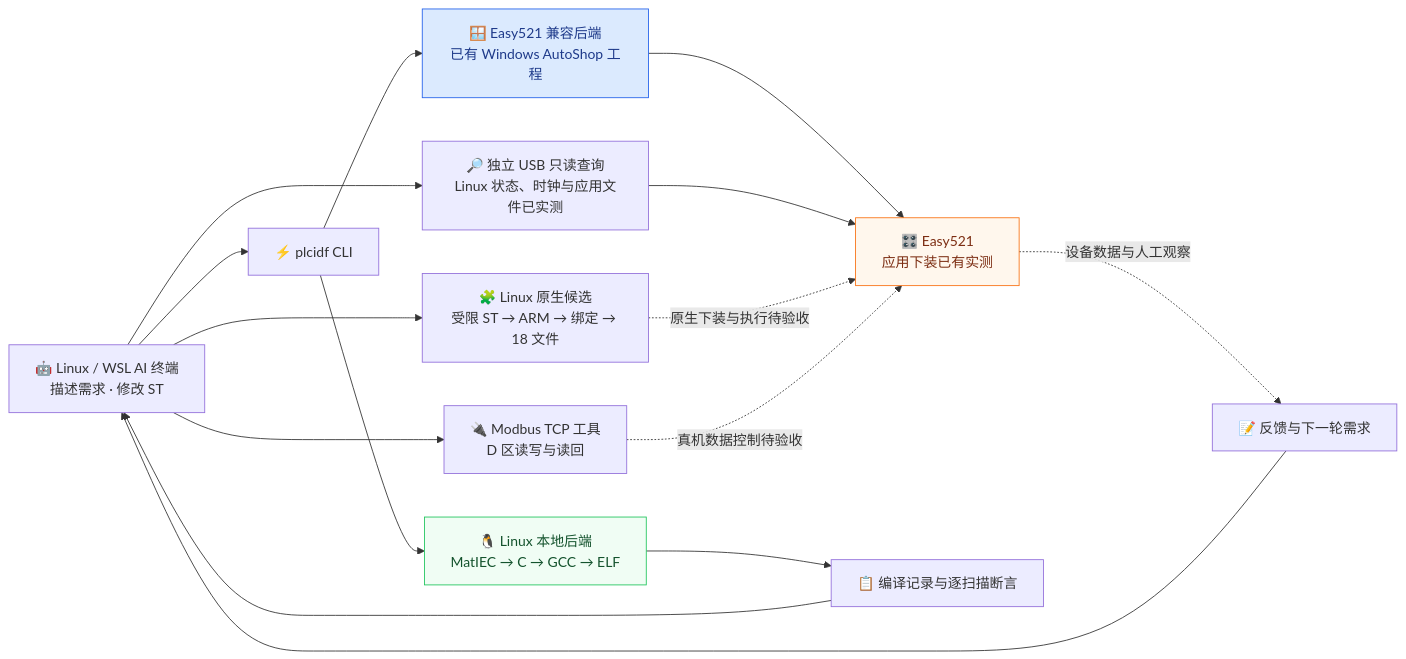
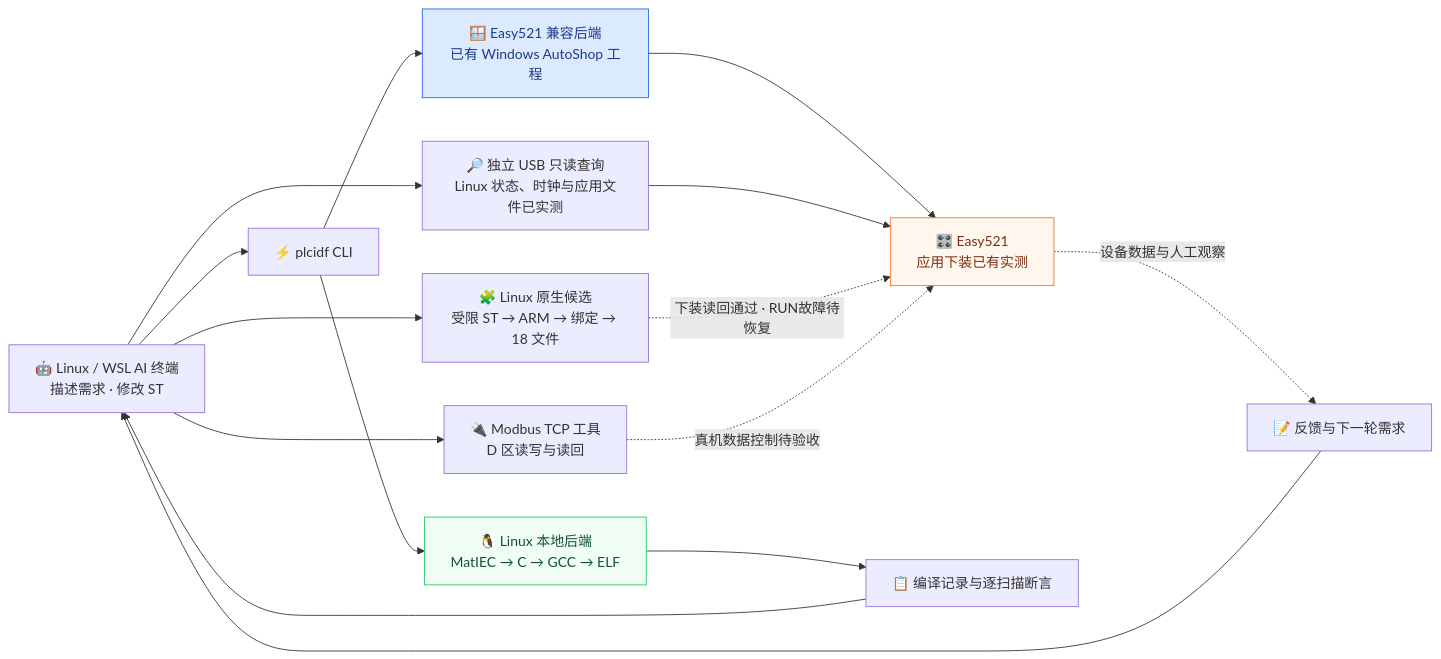
The diagram in README.md (BUG423/other-plc-idf), drawn with Mermaid before and after one commit. The commit also changed other lines of this file and 44 other files, not shown here.

````diff
--- a/README.md
+++ b/README.md
@@ -16,21 +16,21 @@
 ```mermaid
 flowchart LR
     AI["🤖 Linux / WSL AI 终端<br/>描述需求 · 修改 ST"] --> CLI["⚡ plcidf CLI"]
     CLI --> OPEN["🐧 Linux 本地后端<br/>MatIEC → C → GCC → ELF"]
     CLI --> VENDOR["🪟 Easy521 兼容后端<br/>已有 Windows AutoShop 工程"]
     AI --> DATA["🔌 Modbus TCP 工具<br/>D 区读写与读回"]
     AI --> USB["🔎 独立 USB 只读查询<br/>Linux 状态、时钟与应用文件已实测"]
     AI --> OBJECT["🧩 Linux 原生候选<br/>受限 ST → ARM → 绑定 → 18 文件"]
     VENDOR --> PLC["🎛️ Easy521<br/>应用下装已有实测"]
     USB --> PLC
-    OBJECT -.->|"原生下装与执行待验收"| PLC
+    OBJECT -.->|"下装读回通过 · RUN故障待恢复"| PLC
     DATA -.->|"真机数据控制待验收"| PLC
     OPEN --> REPORT["📋 编译记录与逐扫描断言"]
     PLC -.->|"设备数据与人工观察"| FEEDBACK["📝 反馈与下一轮需求"]
     REPORT --> AI
     FEEDBACK --> AI
 
     style OPEN fill:#f0fdf4,stroke:#22c55e,color:#14532d
     style VENDOR fill:#dbeafe,stroke:#2563eb,color:#1e3a8a
     style PLC fill:#fff7ed,stroke:#f97316,color:#7c2d12
 ```
````
